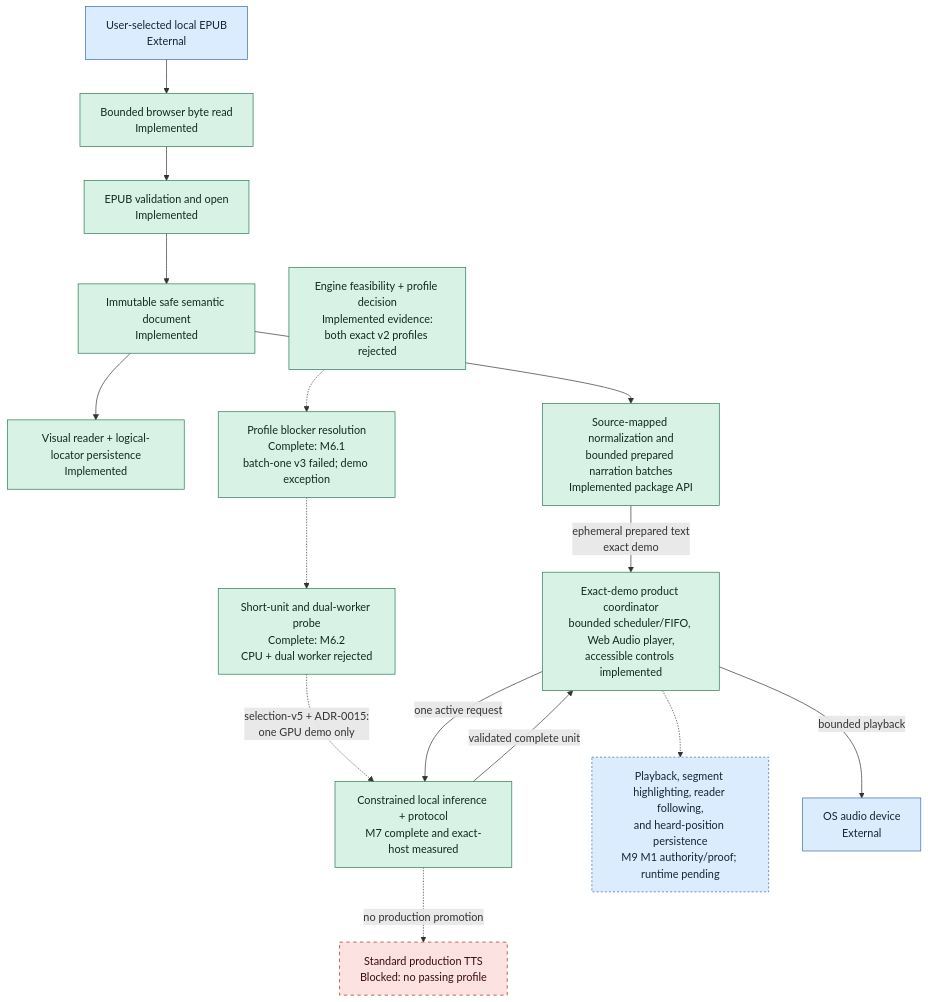
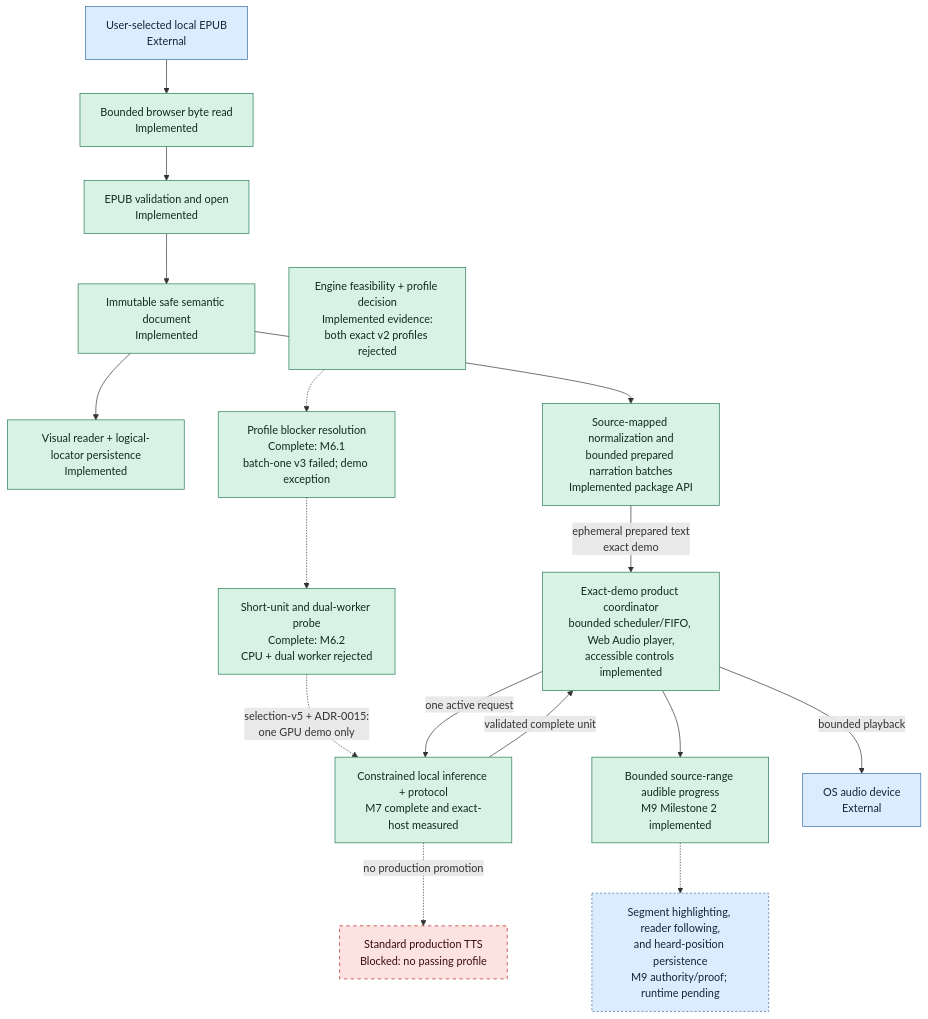
One commit to mmjosedaniel/voxleaf changed the second of 2 diagrams in docs/architecture/system-diagram.md. Above: the diagram before and after it, drawn with Mermaid. The commit also changed other lines of this file and 10 other files, not shown here.

First line of the commit message:
feat: project bounded audible progress (#129)

````diff
--- a/docs/architecture/system-diagram.md
+++ b/docs/architecture/system-diagram.md
@@ -133,36 +136,38 @@
 ```mermaid
 flowchart TD
     classDef implemented fill:#d9f2e6,stroke:#247a52,color:#102a20
     classDef progress fill:#dcecff,stroke:#356aa0,color:#13253a,stroke-dasharray: 3 3
     classDef planned fill:#fff0c7,stroke:#9a6b00,color:#332400,stroke-dasharray: 5 5
     classDef blocked fill:#fde2e2,stroke:#b42318,color:#3a0d0d,stroke-dasharray: 5 5
     classDef deferred fill:#eceff3,stroke:#667085,color:#20242a,stroke-dasharray: 5 5
     classDef external fill:#dcecff,stroke:#356aa0,color:#13253a
 
     FILE["User-selected local EPUB<br/>External"]:::external
     READ["Bounded browser byte read<br/>Implemented"]:::implemented
     OPEN["EPUB validation and open<br/>Implemented"]:::implemented
     SAFE["Immutable safe semantic document<br/>Implemented"]:::implemented
     VISUAL["Visual reader + logical-locator persistence<br/>Implemented"]:::implemented
     PREP["Source-mapped normalization and<br/>bounded prepared narration batches<br/>Implemented package API"]:::implemented
     PROFILE["Engine feasibility + profile decision<br/>Implemented evidence:<br/>both exact v2 profiles rejected"]:::implemented
     NEXT_PROFILE["Profile blocker resolution<br/>Complete: M6.1<br/>batch-one v3 failed; demo exception"]:::implemented
     BATCH_PROBE["Short-unit and dual-worker probe<br/>Complete: M6.2<br/>CPU + dual worker rejected"]:::implemented
     INFER["Constrained local inference + protocol<br/>M7 complete and exact-host measured"]:::implemented
     PROD["Standard production TTS<br/>Blocked: no passing profile"]:::blocked
     BUFFER["Exact-demo product coordinator<br/>bounded scheduler/FIFO, Web Audio player,<br/>accessible controls implemented"]:::implemented
-    FOLLOW["Playback, segment highlighting, reader following,<br/>and heard-position persistence<br/>M9 M1 authority/proof; runtime pending"]:::progress
+    AUDIBLE["Bounded source-range audible progress<br/>M9 Milestone 2 implemented"]:::implemented
+    FOLLOW["Segment highlighting, reader following,<br/>and heard-position persistence<br/>M9 authority/proof; runtime pending"]:::progress
     DEVICE["OS audio device<br/>External"]:::external
 
     FILE --> READ --> OPEN --> SAFE --> VISUAL
     SAFE --> PREP
     PREP -->|"ephemeral prepared text<br/>exact demo"| BUFFER
     PROFILE -.-> NEXT_PROFILE
     NEXT_PROFILE -.-> BATCH_PROBE
     BATCH_PROBE -.->|"selection-v5 + ADR-0015:<br/>one GPU demo only"| INFER
     INFER -.->|"no production promotion"| PROD
     BUFFER -->|"one active request"| INFER
     INFER -->|"validated complete unit"| BUFFER
-    BUFFER -.-> FOLLOW
+    BUFFER --> AUDIBLE
+    AUDIBLE -.-> FOLLOW
     BUFFER -->|"bounded playback"| DEVICE
 ```
````
